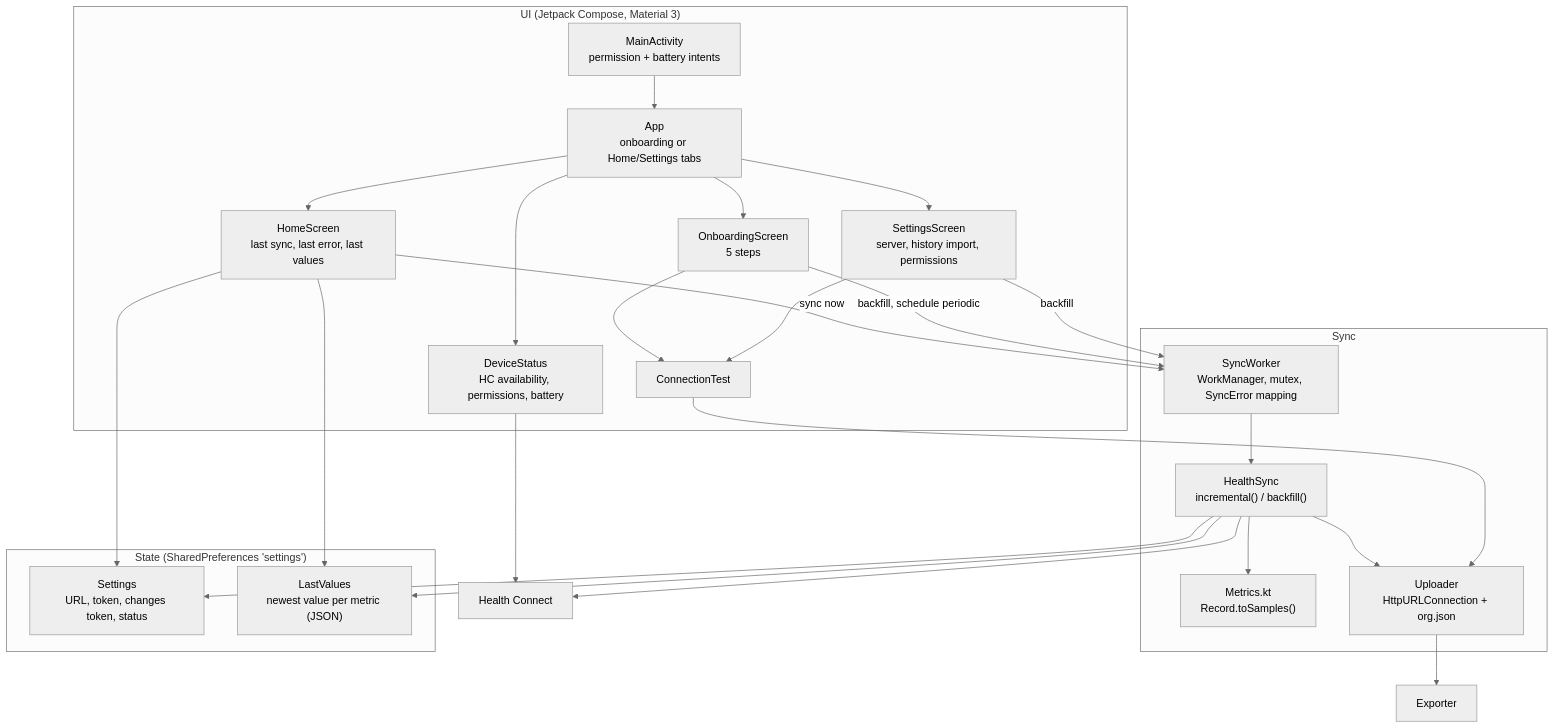
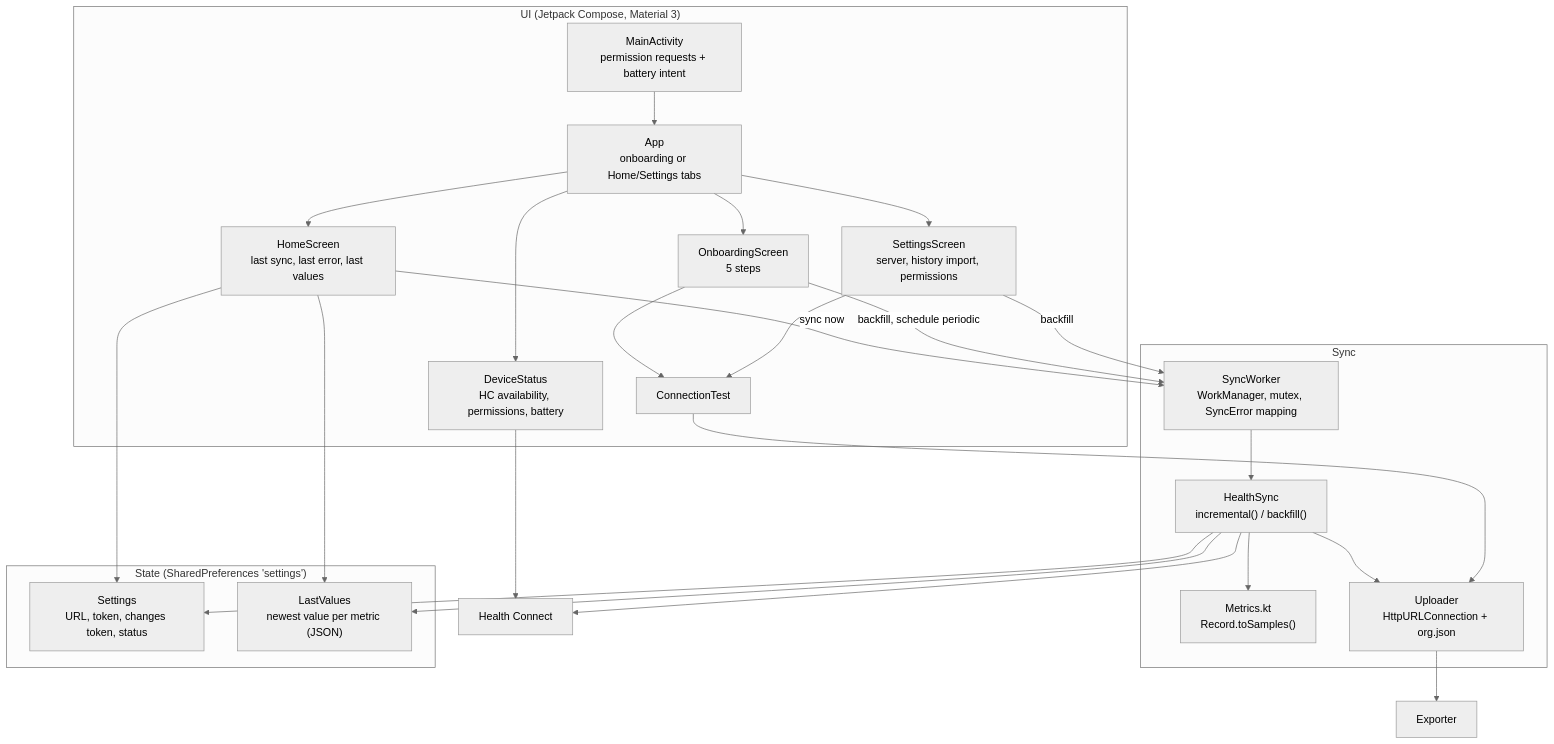
Before and after one commit to MateuxLucax/health-connect-bridge: the second of 4 diagrams in docs/architecture.md, drawn with Mermaid (neutral theme). The commit also changed other lines of this file and 25 other files, not shown here.

````diff
--- a/docs/architecture.md
+++ b/docs/architecture.md
@@ -30,46 +30,46 @@
 ```mermaid
 flowchart TB
     subgraph ui["UI (Jetpack Compose, Material 3)"]
-        main["MainActivity<br/>permission + battery intents"]
+        main["MainActivity<br/>permission requests + battery intent"]
         appc["App<br/>onboarding or Home/Settings tabs"]
         onb["OnboardingScreen<br/>5 steps"]
         home["HomeScreen<br/>last sync, last error, last values"]
         set["SettingsScreen<br/>server, history import, permissions"]
         ct["ConnectionTest"]
         ds["DeviceStatus<br/>HC availability, permissions, battery"]
     end
     subgraph sync["Sync"]
         wk["SyncWorker<br/>WorkManager, mutex, SyncError mapping"]
         hs["HealthSync<br/>incremental() / backfill()"]
         mt["Metrics.kt<br/>Record.toSamples()"]
         up["Uploader<br/>HttpURLConnection + org.json"]
     end
     subgraph state["State (SharedPreferences 'settings')"]
         st["Settings<br/>URL, token, changes token, status"]
         lv["LastValues<br/>newest value per metric (JSON)"]
     end
     hc["Health Connect"]
     exp["Exporter"]
 
     main --> appc
     appc --> onb
     appc --> home
     appc --> set
     onb --> ct
     set --> ct
     appc --> ds
     home -->|sync now| wk
     onb -->|"backfill, schedule periodic"| wk
     set -->|backfill| wk
     wk --> hs
     hs --> mt
     hs --> up
     hs --> st
     hs --> lv
     hs --> hc
     ds --> hc
     ct --> up
     up --> exp
     home --> st
     home --> lv
 ```
````
